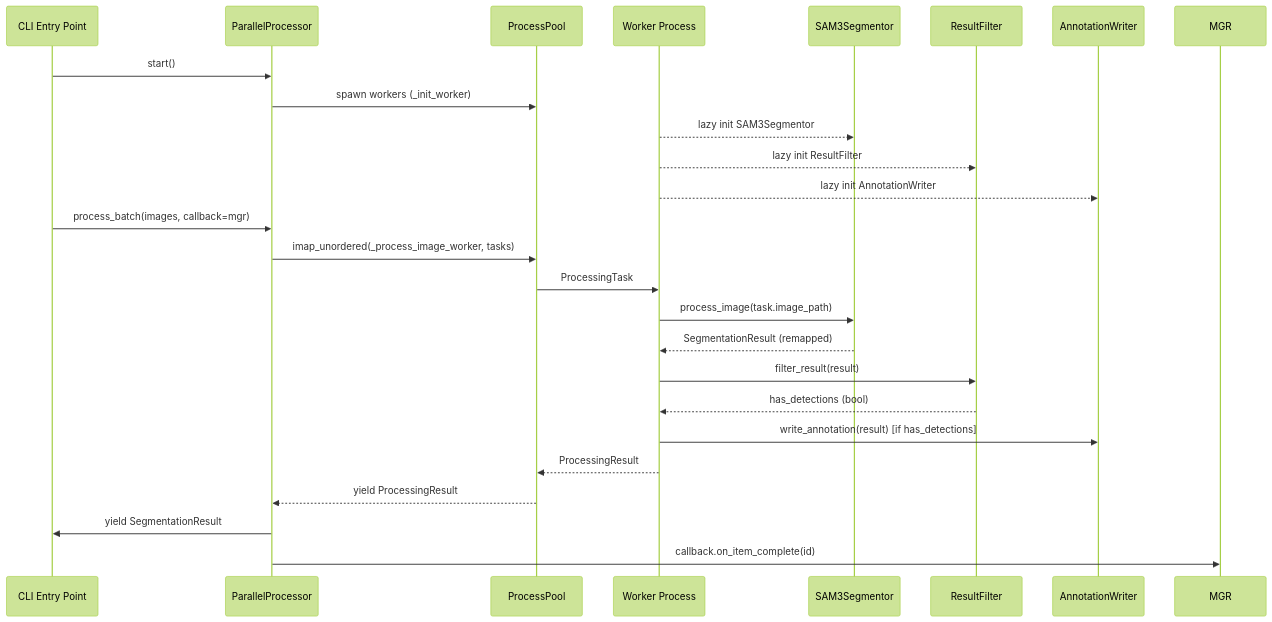
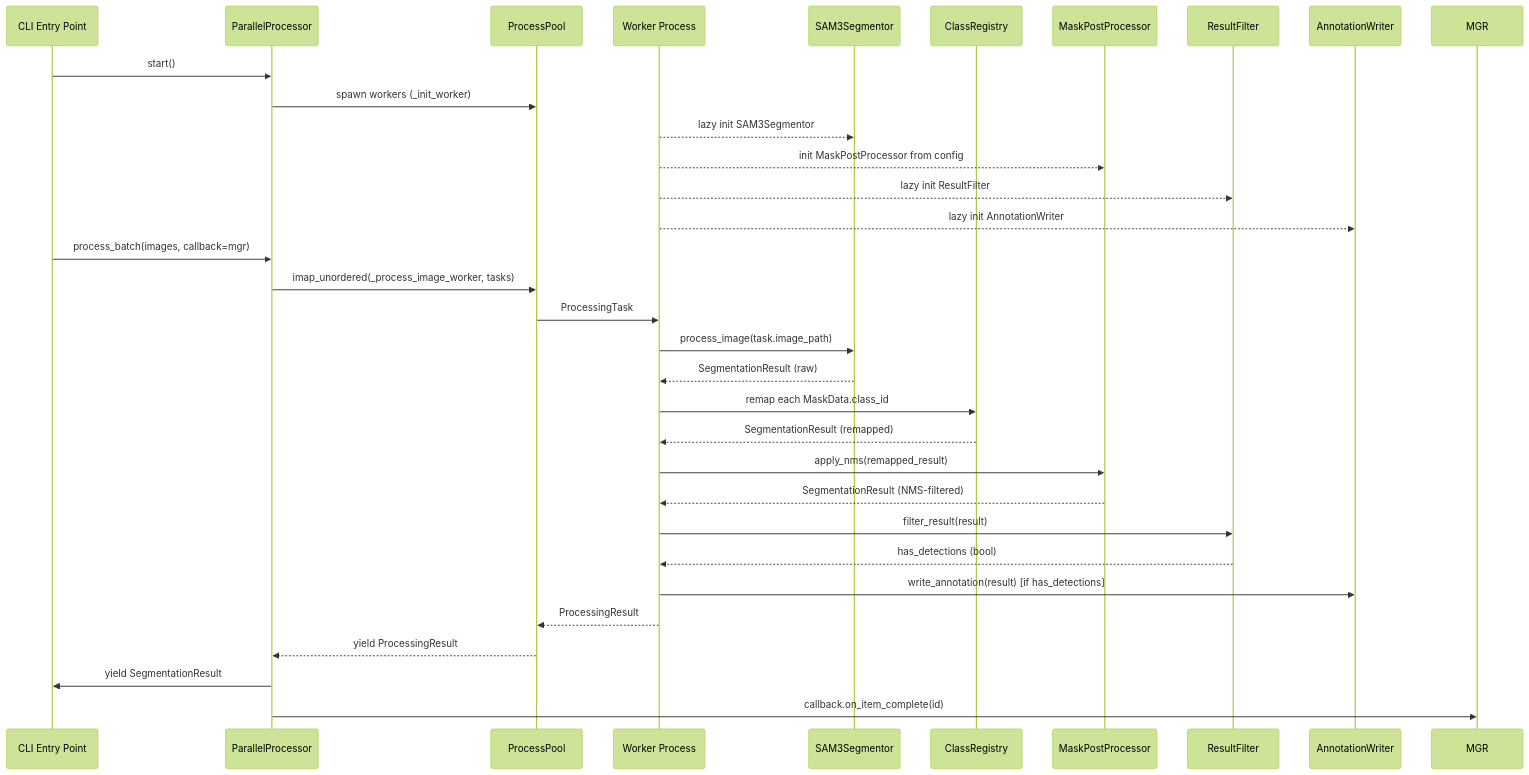
The diagram in src/parallel_processor.md (ahmedelbamby-aast/SAM-Segmentation-Project), drawn with Mermaid (forest theme) before and after one commit. The commit also changed other lines of this file and 31 other files, not shown here.

````diff
--- a/src/parallel_processor.md
+++ b/src/parallel_processor.md
@@ -134,29 +138,36 @@
 ```mermaid
 sequenceDiagram
     participant CLI as CLI Entry Point
     participant PP as ParallelProcessor
     participant POOL as ProcessPool
     participant W as Worker Process
     participant SEG as SAM3Segmentor
+    participant REG as ClassRegistry
+    participant NMS as MaskPostProcessor
     participant FILT as ResultFilter
     participant ANN as AnnotationWriter
 
     CLI->>PP: start()
     PP->>POOL: spawn workers (_init_worker)
     W-->>SEG: lazy init SAM3Segmentor
+    W-->>NMS: init MaskPostProcessor from config
     W-->>FILT: lazy init ResultFilter
     W-->>ANN: lazy init AnnotationWriter
 
     CLI->>PP: process_batch(images, callback=mgr)
     PP->>POOL: imap_unordered(_process_image_worker, tasks)
     POOL->>W: ProcessingTask
     W->>SEG: process_image(task.image_path)
-    SEG-->>W: SegmentationResult (remapped)
+    SEG-->>W: SegmentationResult (raw)
+    W->>REG: remap each MaskData.class_id
+    REG-->>W: SegmentationResult (remapped)
+    W->>NMS: apply_nms(remapped_result)
+    NMS-->>W: SegmentationResult (NMS-filtered)
     W->>FILT: filter_result(result)
     FILT-->>W: has_detections (bool)
     W->>ANN: write_annotation(result) [if has_detections]
     W-->>POOL: ProcessingResult
     POOL-->>PP: yield ProcessingResult
     PP->>CLI: yield SegmentationResult
     PP->>MGR: callback.on_item_complete(id)
 ```
````
